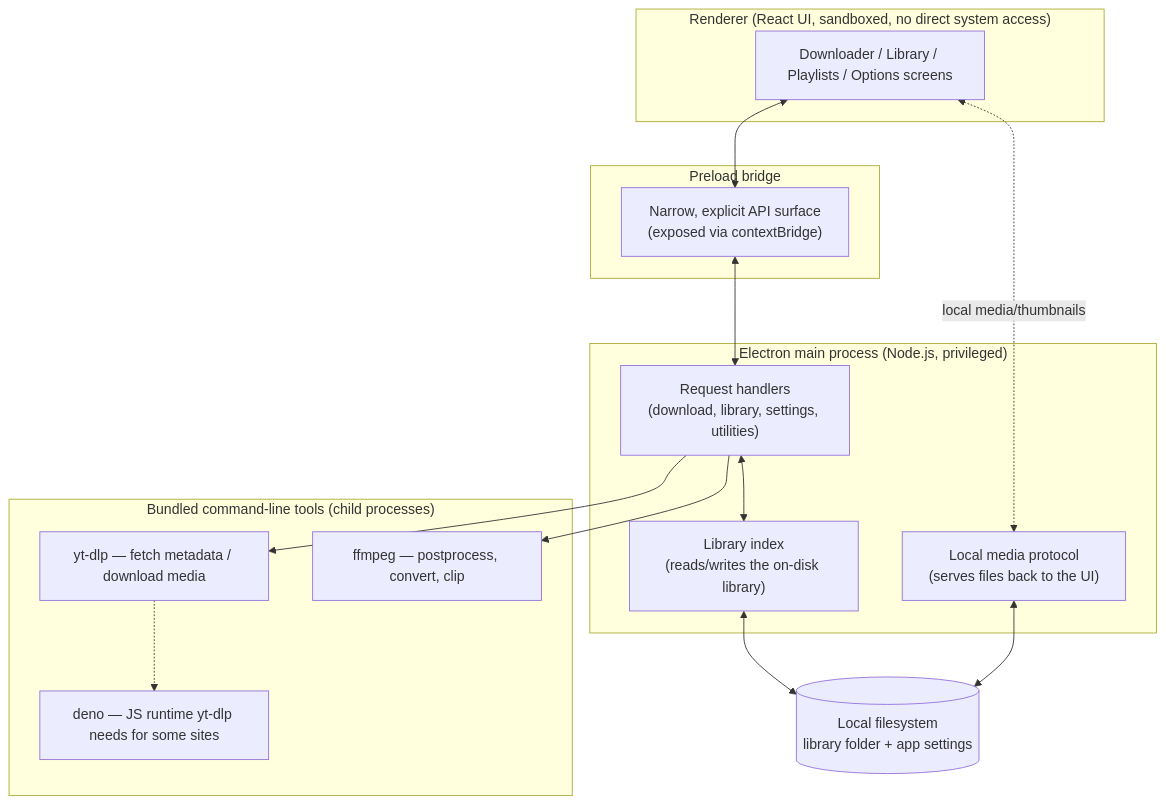
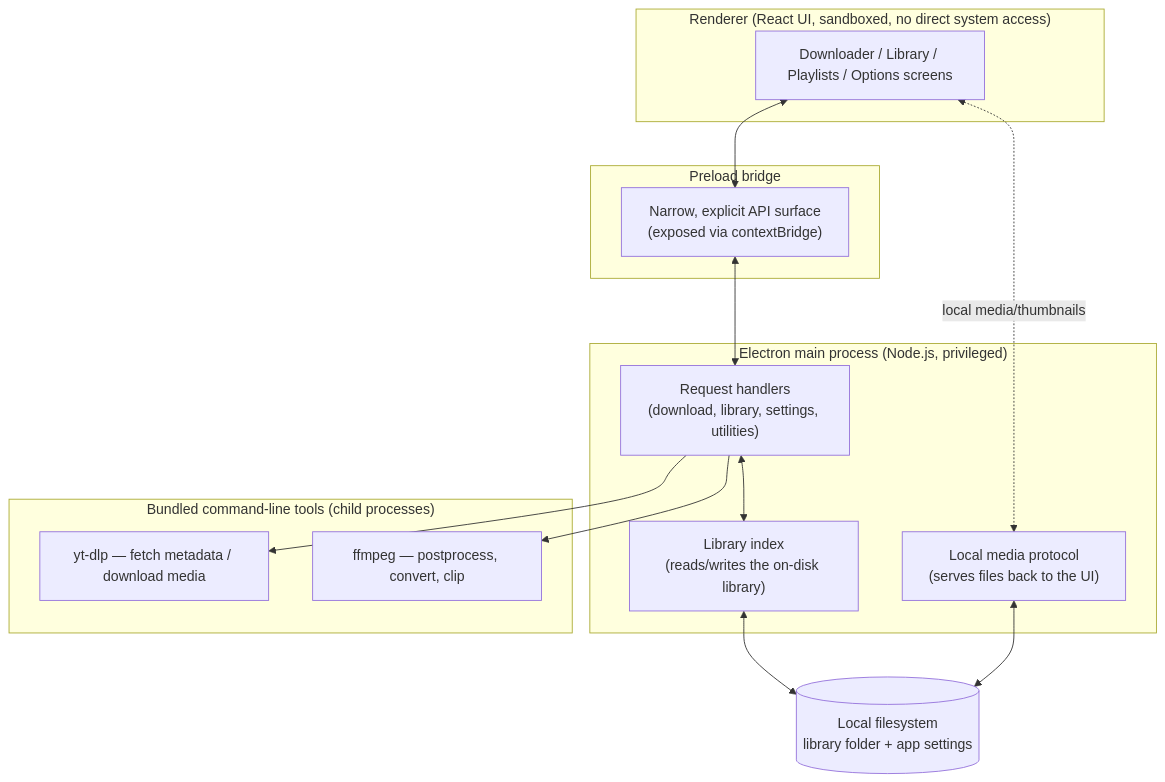
Before and after one commit to SlothSoftworks/Sloth-Archiver: the diagram in docs/ARCHITECTURE.md, drawn with Mermaid. The commit also changed other lines of this file and 4 other files, not shown here.

````diff
--- a/docs/ARCHITECTURE.md
+++ b/docs/ARCHITECTURE.md
@@ -33,34 +33,32 @@
 ```mermaid
 flowchart TB
     subgraph Renderer["Renderer (React UI, sandboxed, no direct system access)"]
         UI["Downloader / Library / Playlists / Options screens"]
     end
 
     subgraph Bridge["Preload bridge"]
         IPC["Narrow, explicit API surface\n(exposed via contextBridge)"]
     end
 
     subgraph Main["Electron main process (Node.js, privileged)"]
         Handlers["Request handlers\n(download, library, settings, utilities)"]
         LibraryStore["Library index\n(reads/writes the on-disk library)"]
         Protocol["Local media protocol\n(serves files back to the UI)"]
     end
 
     subgraph Tools["Bundled command-line tools (child processes)"]
         YtDlp["yt-dlp — fetch metadata / download media"]
         Ffmpeg["ffmpeg — postprocess, convert, clip"]
-        Deno["deno — JS runtime yt-dlp needs for some sites"]
     end
 
     FS[("Local filesystem\nlibrary folder + app settings")]
 
     UI <--> IPC
     IPC <--> Handlers
     Handlers --> YtDlp
     Handlers --> Ffmpeg
-    YtDlp -.-> Deno
     Handlers <--> LibraryStore
     LibraryStore <--> FS
     Protocol <--> FS
     UI <-. local media/thumbnails .-> Protocol
 ```
````
